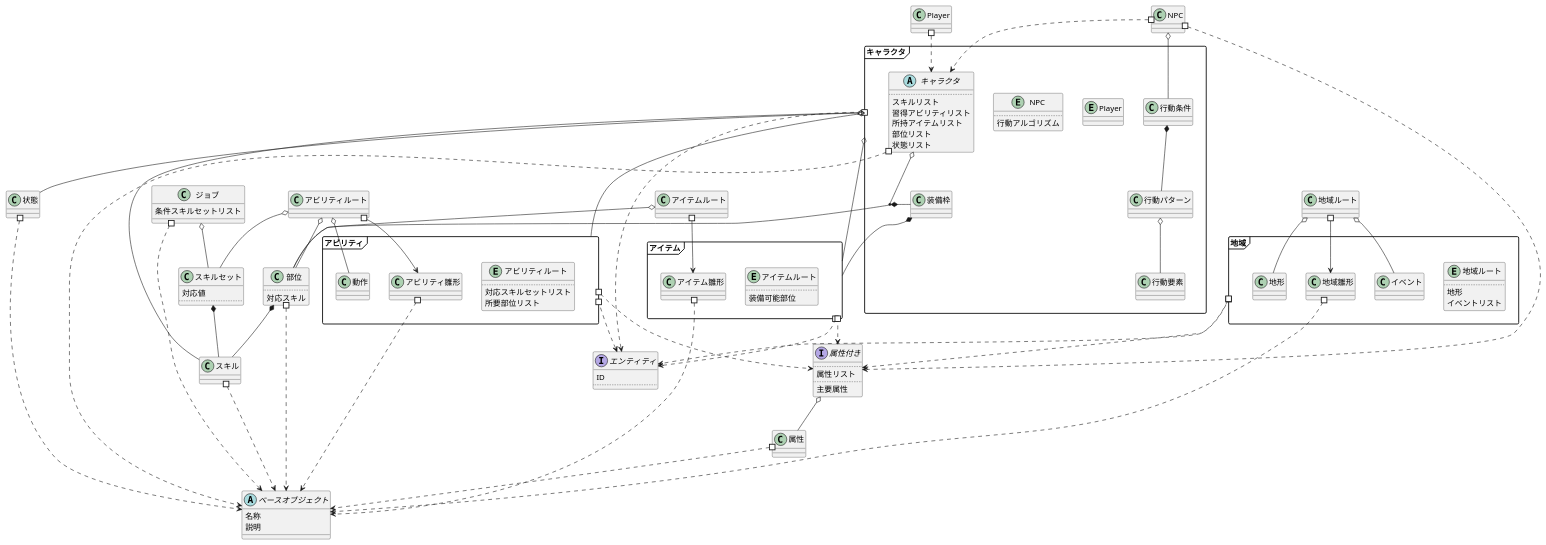
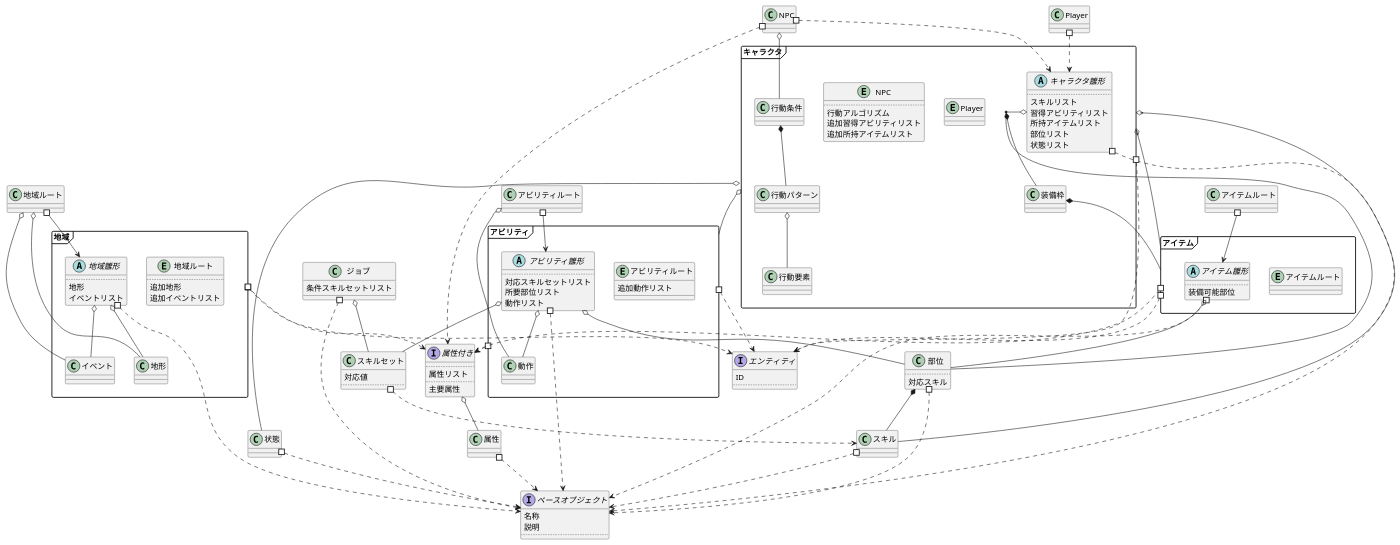
One commit to eckolo/RogueLikeLike changed the diagram in Memo/Uml.wsd. Above: the diagram before and after it, drawn with PlantUML.

Commit message:
雛形周りの接続関係調整

```diff
--- a/Memo/Uml.wsd
+++ b/Memo/Uml.wsd
@@ -1,132 +1,149 @@
 @startuml 全体概要図
 
 skinparam packageStyle Frame
 
-abstract ベースオブジェクト{
+interface ベースオブジェクト{
 	名称
 	説明
+	..
 }
 
 class スキル
 スキル #..> ベースオブジェクト
 class 状態
 状態 #..> ベースオブジェクト
 class 部位{
 	..
 	対応スキル
 }
 部位 #..> ベースオブジェクト
 部位 *-- スキル
 class スキルセット{
 	対応値
 	..
 }
-スキルセット *-- スキル
+スキルセット #..> スキル
 class ジョブ{
 	条件スキルセットリスト
 }
 ジョブ #..> ベースオブジェクト
 ジョブ o-- スキルセット
 
 interface エンティティ{
 	ID
 	..
 }
 
 class 属性
 属性 #..> ベースオブジェクト
 interface 属性付き{
 	..
 	属性リスト
 	..
 	主要属性
 }
 属性付き o-- 属性
 
 namespace アビリティ{
 	entity アビリティルート{
+		追加動作リスト
+	}
+	abstract アビリティ雛形{
 		..
 		対応スキルセットリスト
 		所要部位リスト
+		動作リスト
 	}
+
 	.アビリティルート #--> アビリティ雛形
 	アビリティ雛形 #..> .ベースオブジェクト
-	.アビリティルート o-- .部位
-	.アビリティルート o-- .スキルセット
+	アビリティ雛形 o-- .部位
+	アビリティ雛形 o-- .スキルセット
 
 	class 動作
 	.アビリティルート o-- 動作
+	アビリティ雛形 o-- 動作
 }
 アビリティ #..> エンティティ
 アビリティ #..> 属性付き
 
 namespace アイテム{
-	entity アイテムルート{
+	entity アイテムルート
+	abstract アイテム雛形{
 		..
 		装備可能部位
 	}
 
 	.アイテムルート #--> アイテム雛形
 	アイテム雛形 #..> .ベースオブジェクト
-	.アイテムルート o-- .部位
+	アイテム雛形 o-- .部位
 }
 アイテム #..> エンティティ
 アイテム #..> 属性付き
 
 namespace 地域{
 	entity 地域ルート{
+		..
+		追加地形
+		追加イベントリスト
+	}
+	abstract 地域雛形{
 		..
 		地形
 		イベントリスト
 	}
 	class 地形
 	class イベント
 
 	.地域ルート #--> 地域雛形
 	地域雛形 #..> .ベースオブジェクト
+	地域雛形 o-- 地形
+	地域雛形 o-- イベント
 	.地域ルート o-- 地形
 	.地域ルート o-- イベント
 }
 地域 #..> エンティティ
 地域 #..> 属性付き
 
 namespace キャラクタ{
-	abstract キャラクタ{
+	abstract キャラクタ雛形{
 		..
 		スキルリスト
 		習得アビリティリスト
 		所持アイテムリスト
 		部位リスト
 		状態リスト
 	}
 
-	キャラクタ #..> .ベースオブジェクト
-	キャラクタ o-- .部位
+	キャラクタ雛形 #..> .ベースオブジェクト
+	キャラクタ雛形 o- .部位
 	class 装備枠
-	(キャラクタ,.部位) *- 装備枠
+	(キャラクタ雛形,.部位) *- 装備枠
 	装備枠 *-- アイテム
 
 	entity Player
-	.Player #..> キャラクタ
+	.Player #..> キャラクタ雛形
 
 	entity NPC{
 		..
 		行動アルゴリズム
+		追加習得アビリティリスト
+		追加所持アイテムリスト
 	}
 	.NPC #..> .属性付き
-	.NPC #..> キャラクタ
+	.NPC #..> キャラクタ雛形
 
 	class 行動条件
 	class 行動パターン
 	class 行動要素
 	.NPC o-- 行動条件
 	行動条件 *-- 行動パターン
 	行動パターン o-- 行動要素
 }
 キャラクタ #..> エンティティ
 キャラクタ o-- スキル
 キャラクタ o-- アビリティ
 キャラクタ o-- 状態
 キャラクタ o-- アイテム
 
 @enduml
```
